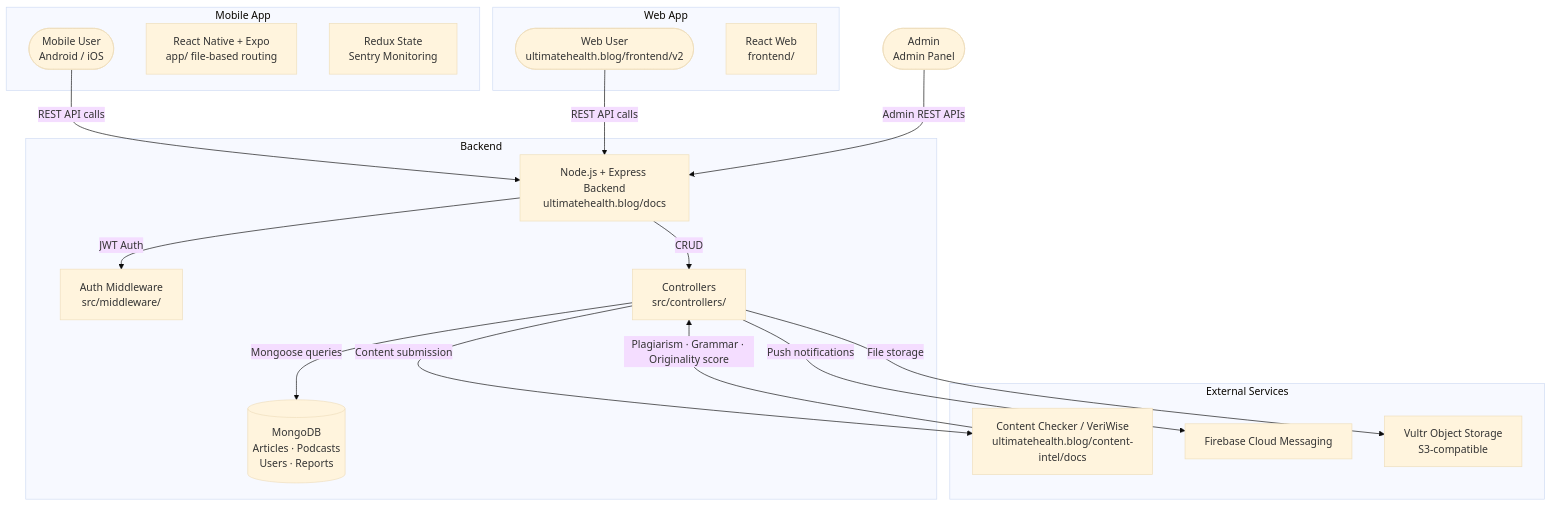
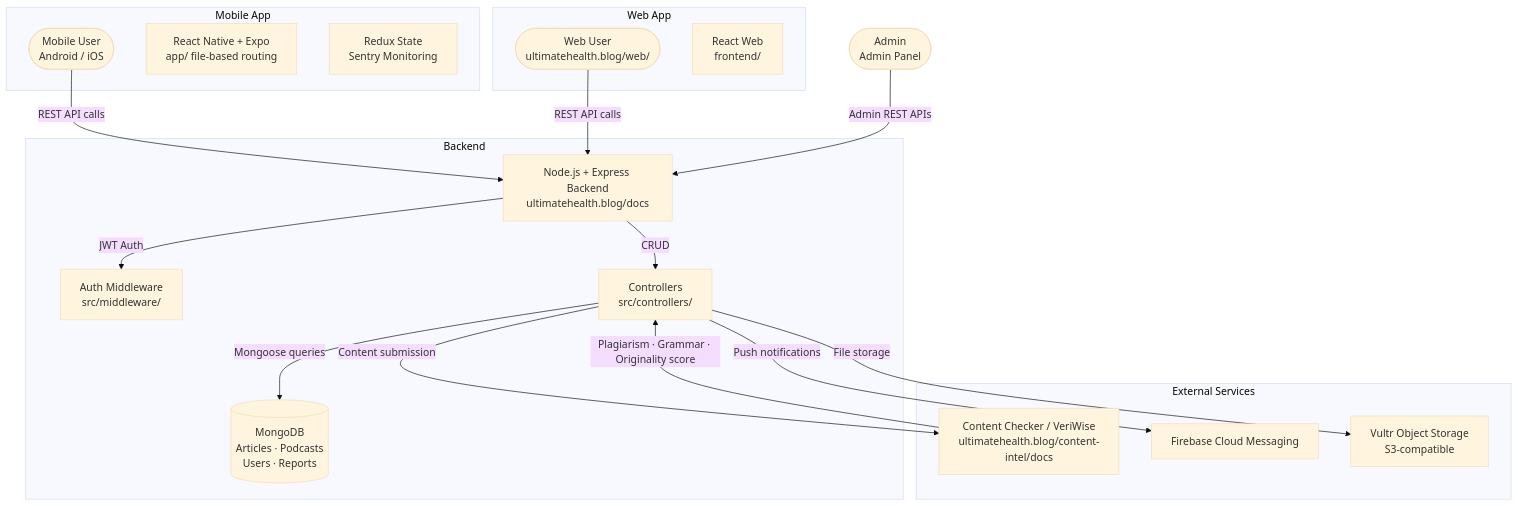
Before and after one commit to SB2318/UltimateHealth: the first of 2 diagrams in docs/ARCHITECTURE.md, drawn with Mermaid (base theme). The commit also changed other lines of this file and 1 other file, not shown here.

Commit message:
update backend and web URLs

````diff
--- a/docs/ARCHITECTURE.md
+++ b/docs/ARCHITECTURE.md
@@ -23,41 +23,41 @@
 ```mermaid
 flowchart TD
     A([Mobile User\nAndroid / iOS]) -->|REST API calls| E
-    B([Web User\nultimatehealth.blog/frontend/v2]) -->|REST API calls| E
+    B([Web User\nultimatehealth.blog/web/]) -->|REST API calls| E
     C([Admin\nAdmin Panel]) -->|Admin REST APIs| E
 
     E[Node.js + Express Backend\nultimatehealth.blog/docs]
 
     E -->|JWT Auth| F[Auth Middleware\nsrc/middleware/]
     E -->|CRUD| G[Controllers\nsrc/controllers/]
     G -->|Mongoose queries| H[(MongoDB\nArticles · Podcasts\nUsers · Reports)]
     G -->|Content submission| I[Content Checker / VeriWise\nultimatehealth.blog/content-intel/docs]
     G -->|Push notifications| J[Firebase Cloud Messaging]
     G -->|File storage| K[Vultr Object Storage\nS3-compatible]
 
     I -->|Plagiarism · Grammar · Originality score| G
 
     subgraph Mobile App
         A
         L[React Native + Expo\napp/ file-based routing]
         M[Redux State\nSentry Monitoring]
     end
 
     subgraph Web App
         B
         N[React Web\nfrontend/]
     end
 
     subgraph Backend
         E
         F
         G
         H
     end
 
     subgraph External Services
         I
         J
         K
     end
 ```
````
